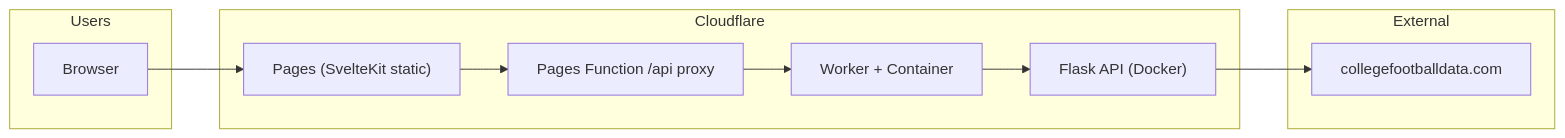
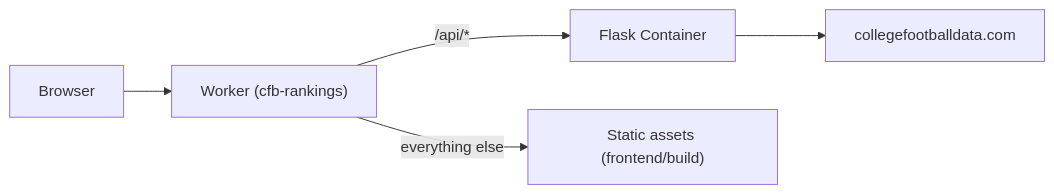
One commit to merimeesoftware/cfb-ranking-algorithm changed the diagram in docs/DEPLOY-CLOUDFLARE.md. Above: the diagram before and after it, drawn with Mermaid. The commit also changed other lines of this file and 11 other files, not shown here.

First line of the commit message:
Deploy CFB Rankings as unified Cloudflare Worker (frontend + API) (#51)

````diff
--- a/docs/DEPLOY-CLOUDFLARE.md
+++ b/docs/DEPLOY-CLOUDFLARE.md
@@ -11,21 +11,7 @@
 ```mermaid
 flowchart LR
-  subgraph users [Users]
-    Browser
-  end
-
-  subgraph cf [Cloudflare]
-  Pages["Pages (SvelteKit static)"]
-  Fn["Pages Function /api proxy"]
-  Worker["Worker + Container"]
-  Flask["Flask API (Docker)"]
-  Pages --> Fn --> Worker --> Flask
-  end
-
-  subgraph external [External]
-    CFBD["collegefootballdata.com"]
-  end
-
-  Browser --> Pages
-  Flask --> CFBD
+  Browser --> Worker["Worker (cfb-rankings)"]
+  Worker -->|"/api/*"| Container["Flask Container"]
+  Worker -->|"everything else"| Assets["Static assets (frontend/build)"]
+  Container --> CFBD["collegefootballdata.com"]
 ```
````
